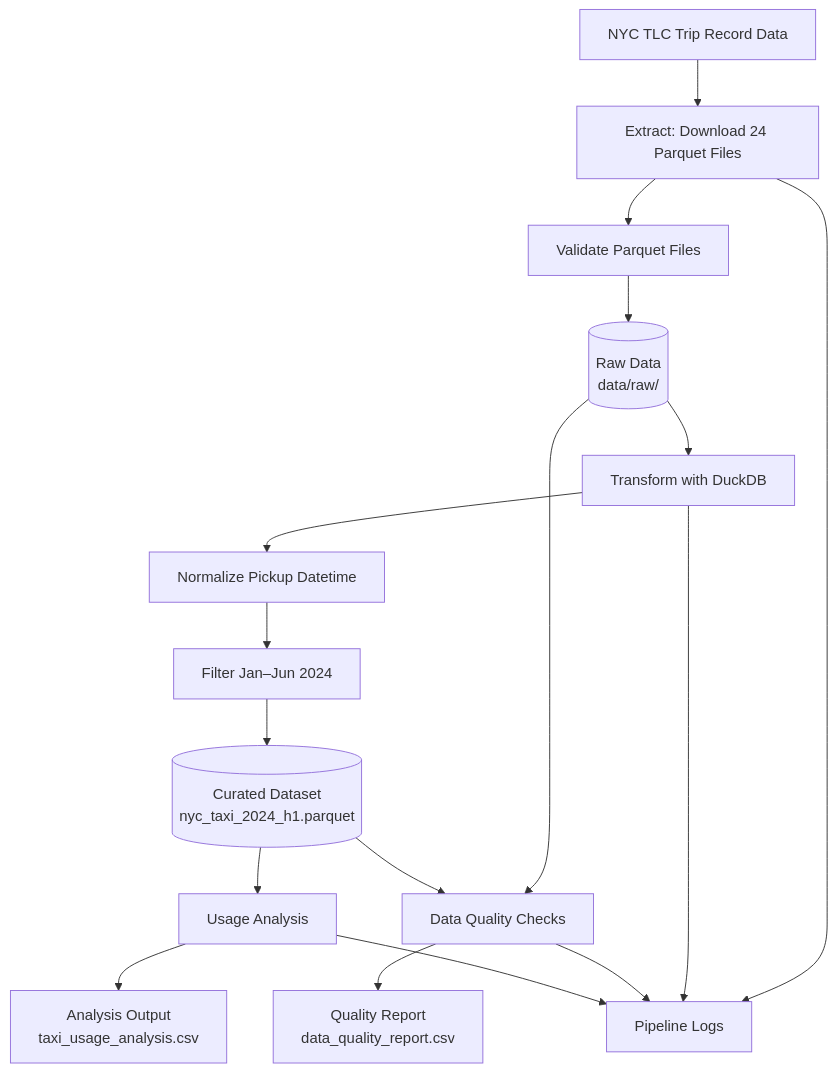
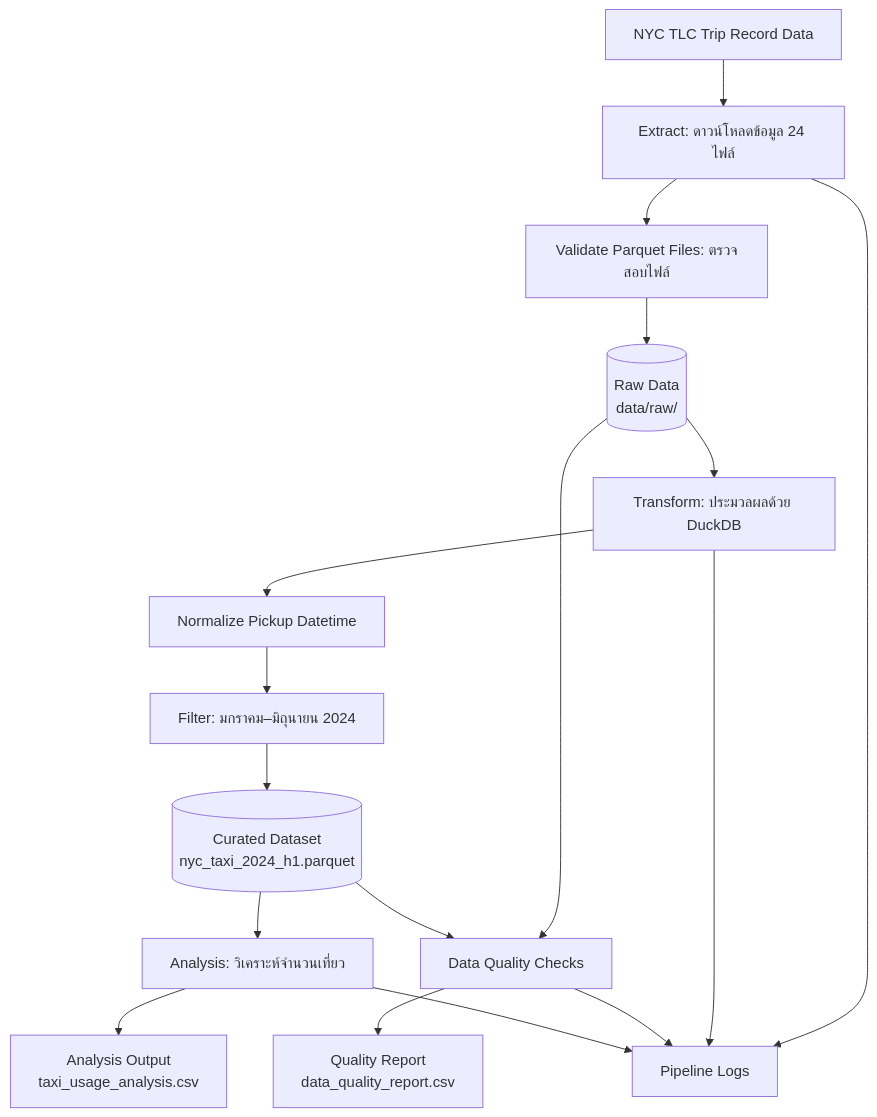
One commit to R-ryww/nyc-taxi-data-pipeline-6709616988 changed the diagram in docs/data_flow.md. Above: the diagram before and after it, drawn with Mermaid. The commit also changed other lines of this file, not shown here.

````diff
--- a/docs/data_flow.md
+++ b/docs/data_flow.md
@@ -6,23 +6,23 @@
 ```mermaid
 flowchart TD
-    A["NYC TLC Trip Record Data"] --> B["Extract: Download 24 Parquet Files"]
-    B --> C["Validate Parquet Files"]
+    A["NYC TLC Trip Record Data"] --> B["Extract: ดาวน์โหลดข้อมูล 24 ไฟล์"]
+    B --> C["Validate Parquet Files: ตรวจสอบไฟล์"]
     C --> D[("Raw Data<br/>data/raw/")]
 
-    D --> E["Transform with DuckDB"]
+    D --> E["Transform: ประมวลผลด้วย DuckDB"]
     E --> F["Normalize Pickup Datetime"]
-    F --> G["Filter Jan–Jun 2024"]
+    F --> G["Filter: มกราคม–มิถุนายน 2024"]
     G --> H[("Curated Dataset<br/>nyc_taxi_2024_h1.parquet")]
 
     D --> I["Data Quality Checks"]
     H --> I
     I --> J["Quality Report<br/>data_quality_report.csv"]
 
-    H --> K["Usage Analysis"]
+    H --> K["Analysis: วิเคราะห์จำนวนเที่ยว"]
     K --> L["Analysis Output<br/>taxi_usage_analysis.csv"]
 
     B --> M["Pipeline Logs"]
     E --> M
     I --> M
     K --> M
 ```
````
